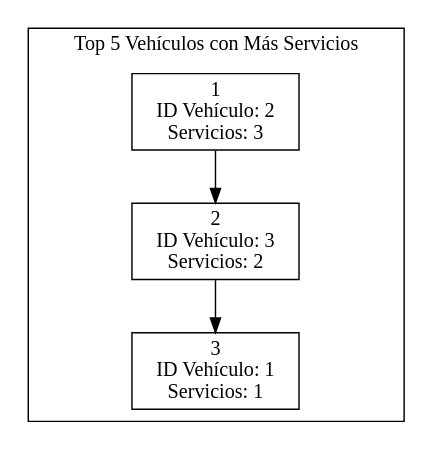
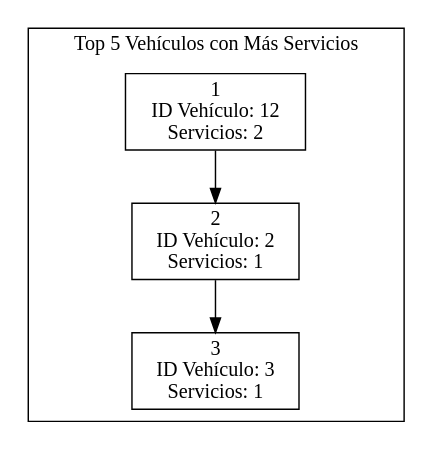
One commit to Farot30/-EDD-1S2025_202307820 changed the diagram in Fase#1/Graficas/Top5VehiculosmasServicio.dot. Above: the diagram before and after it, drawn with Graphviz. The commit also changed 79 other files, not shown here.

```diff
--- a/Fase#1/Graficas/Top5VehiculosmasServicio.dot
+++ b/Fase#1/Graficas/Top5VehiculosmasServicio.dot
@@ -1,12 +1,12 @@
 digraph G {
 rankdir=TB;
 node [shape=record];
 subgraph cluster_Top5Vehiculos {
 label = "Top 5 Vehículos con Más Servicios";
-"Vehiculo_2" [label="1\nID Vehículo: 2\nServicios: 3"];
+"Vehiculo_12" [label="1\nID Vehículo: 12\nServicios: 2"];
+"Vehiculo_12" -> "Vehiculo_2";
+"Vehiculo_2" [label="2\nID Vehículo: 2\nServicios: 1"];
 "Vehiculo_2" -> "Vehiculo_3";
-"Vehiculo_3" [label="2\nID Vehículo: 3\nServicios: 2"];
-"Vehiculo_3" -> "Vehiculo_1";
-"Vehiculo_1" [label="3\nID Vehículo: 1\nServicios: 1"];
+"Vehiculo_3" [label="3\nID Vehículo: 3\nServicios: 1"];
 }
 }
```
